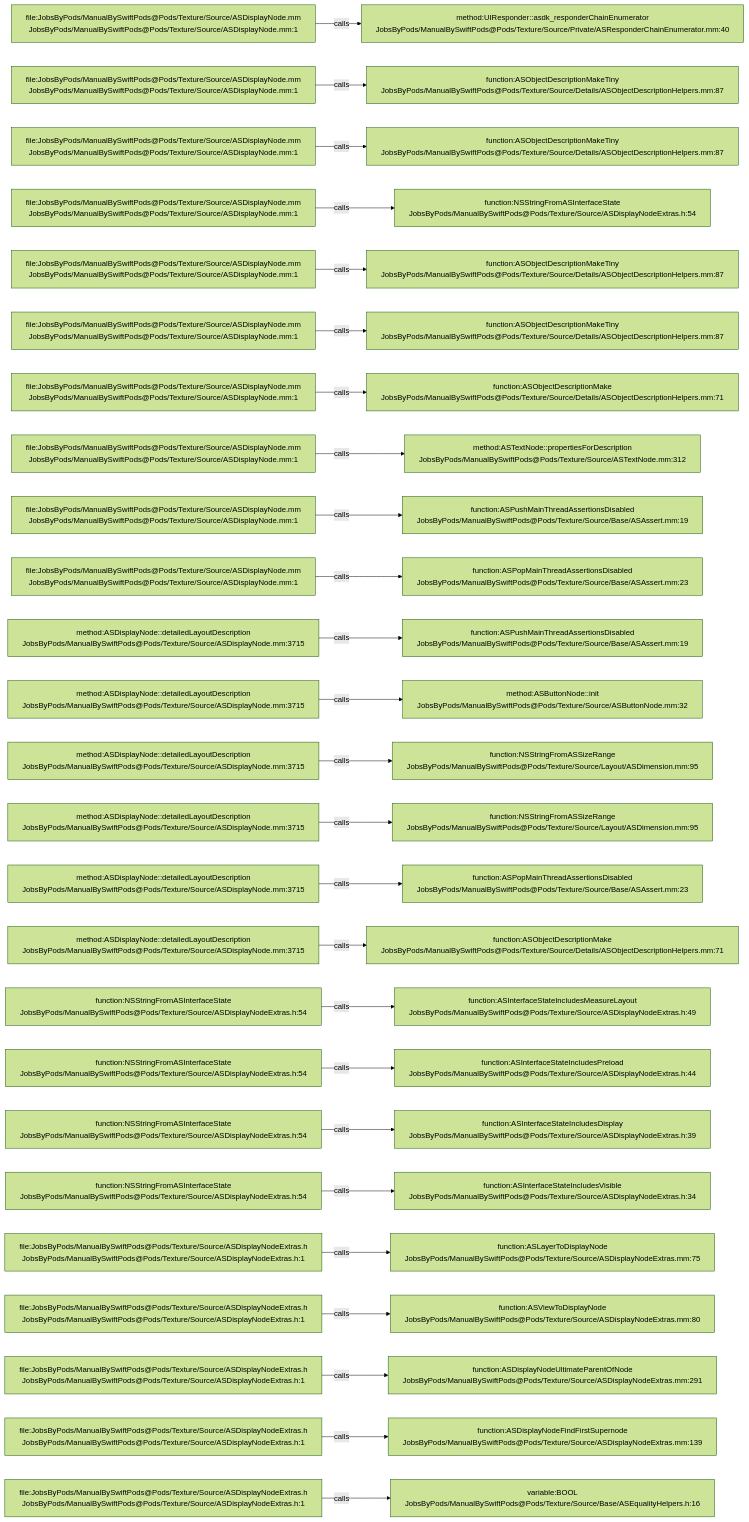
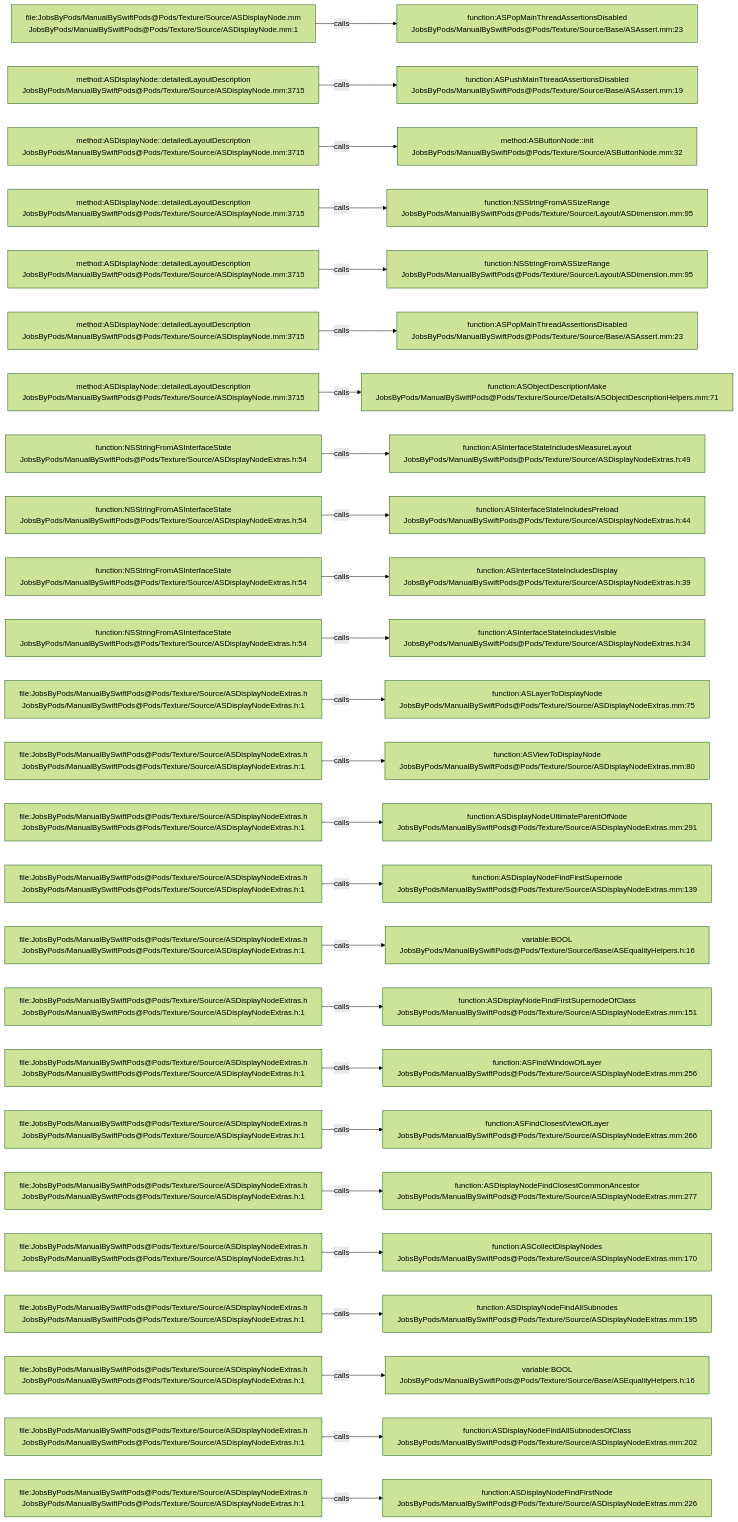
Before and after one commit to JobsKits/JobsSwiftBaseConfigDemo: the diagram in .codegraph/codegraph.md/graphs/calls-037.md, drawn with Mermaid (forest theme). The commit also changed 707 other files, not shown here.

````diff
--- a/.codegraph/codegraph.md/graphs/calls-037.md
+++ b/.codegraph/codegraph.md/graphs/calls-037.md
@@ -13,78 +13,78 @@
 ```mermaid
 flowchart LR
   S1["file:JobsByPods/ManualBySwiftPods@Pods/Texture/Source/ASDisplayNode.mm<br/>JobsByPods/ManualBySwiftPods@Pods/Texture/Source/ASDisplayNode.mm:1"]
-  T1["method:UIResponder::asdk_responderChainEnumerator<br/>JobsByPods/ManualBySwiftPods@Pods/Texture/Source/Private/ASResponderChainEnumerator.mm:40"]
+  T1["function:ASPopMainThreadAssertionsDisabled<br/>JobsByPods/ManualBySwiftPods@Pods/Texture/Source/Base/ASAssert.mm:23"]
   S1 -->|calls| T1
-  S2["file:JobsByPods/ManualBySwiftPods@Pods/Texture/Source/ASDisplayNode.mm<br/>JobsByPods/ManualBySwiftPods@Pods/Texture/Source/ASDisplayNode.mm:1"]
-  T2["function:ASObjectDescriptionMakeTiny<br/>JobsByPods/ManualBySwiftPods@Pods/Texture/Source/Details/ASObjectDescriptionHelpers.mm:87"]
+  S2["method:ASDisplayNode::detailedLayoutDescription<br/>JobsByPods/ManualBySwiftPods@Pods/Texture/Source/ASDisplayNode.mm:3715"]
+  T2["function:ASPushMainThreadAssertionsDisabled<br/>JobsByPods/ManualBySwiftPods@Pods/Texture/Source/Base/ASAssert.mm:19"]
   S2 -->|calls| T2
-  S3["file:JobsByPods/ManualBySwiftPods@Pods/Texture/Source/ASDisplayNode.mm<br/>JobsByPods/ManualBySwiftPods@Pods/Texture/Source/ASDisplayNode.mm:1"]
-  T3["function:ASObjectDescriptionMakeTiny<br/>JobsByPods/ManualBySwiftPods@Pods/Texture/Source/Details/ASObjectDescriptionHelpers.mm:87"]
+  S3["method:ASDisplayNode::detailedLayoutDescription<br/>JobsByPods/ManualBySwiftPods@Pods/Texture/Source/ASDisplayNode.mm:3715"]
+  T3["method:ASButtonNode::init<br/>JobsByPods/ManualBySwiftPods@Pods/Texture/Source/ASButtonNode.mm:32"]
   S3 -->|calls| T3
-  S4["file:JobsByPods/ManualBySwiftPods@Pods/Texture/Source/ASDisplayNode.mm<br/>JobsByPods/ManualBySwiftPods@Pods/Texture/Source/ASDisplayNode.mm:1"]
-  T4["function:NSStringFromASInterfaceState<br/>JobsByPods/ManualBySwiftPods@Pods/Texture/Source/ASDisplayNodeExtras.h:54"]
+  S4["method:ASDisplayNode::detailedLayoutDescription<br/>JobsByPods/ManualBySwiftPods@Pods/Texture/Source/ASDisplayNode.mm:3715"]
+  T4["function:NSStringFromASSizeRange<br/>JobsByPods/ManualBySwiftPods@Pods/Texture/Source/Layout/ASDimension.mm:95"]
   S4 -->|calls| T4
-  S5["file:JobsByPods/ManualBySwiftPods@Pods/Texture/Source/ASDisplayNode.mm<br/>JobsByPods/ManualBySwiftPods@Pods/Texture/Source/ASDisplayNode.mm:1"]
-  T5["function:ASObjectDescriptionMakeTiny<br/>JobsByPods/ManualBySwiftPods@Pods/Texture/Source/Details/ASObjectDescriptionHelpers.mm:87"]
+  S5["method:ASDisplayNode::detailedLayoutDescription<br/>JobsByPods/ManualBySwiftPods@Pods/Texture/Source/ASDisplayNode.mm:3715"]
+  T5["function:NSStringFromASSizeRange<br/>JobsByPods/ManualBySwiftPods@Pods/Texture/Source/Layout/ASDimension.mm:95"]
   S5 -->|calls| T5
-  S6["file:JobsByPods/ManualBySwiftPods@Pods/Texture/Source/ASDisplayNode.mm<br/>JobsByPods/ManualBySwiftPods@Pods/Texture/Source/ASDisplayNode.mm:1"]
-  T6["function:ASObjectDescriptionMakeTiny<br/>JobsByPods/ManualBySwiftPods@Pods/Texture/Source/Details/ASObjectDescriptionHelpers.mm:87"]
+  S6["method:ASDisplayNode::detailedLayoutDescription<br/>JobsByPods/ManualBySwiftPods@Pods/Texture/Source/ASDisplayNode.mm:3715"]
+  T6["function:ASPopMainThreadAssertionsDisabled<br/>JobsByPods/ManualBySwiftPods@Pods/Texture/Source/Base/ASAssert.mm:23"]
   S6 -->|calls| T6
-  S7["file:JobsByPods/ManualBySwiftPods@Pods/Texture/Source/ASDisplayNode.mm<br/>JobsByPods/ManualBySwiftPods@Pods/Texture/Source/ASDisplayNode.mm:1"]
+  S7["method:ASDisplayNode::detailedLayoutDescription<br/>JobsByPods/ManualBySwiftPods@Pods/Texture/Source/ASDisplayNode.mm:3715"]
   T7["function:ASObjectDescriptionMake<br/>JobsByPods/ManualBySwiftPods@Pods/Texture/Source/Details/ASObjectDescriptionHelpers.mm:71"]
   S7 -->|calls| T7
-  S8["file:JobsByPods/ManualBySwiftPods@Pods/Texture/Source/ASDisplayNode.mm<br/>JobsByPods/ManualBySwiftPods@Pods/Texture/Source/ASDisplayNode.mm:1"]
-  T8["method:ASTextNode::propertiesForDescription<br/>JobsByPods/ManualBySwiftPods@Pods/Texture/Source/ASTextNode.mm:312"]
+  S8["function:NSStringFromASInterfaceState<br/>JobsByPods/ManualBySwiftPods@Pods/Texture/Source/ASDisplayNodeExtras.h:54"]
+  T8["function:ASInterfaceStateIncludesMeasureLayout<br/>JobsByPods/ManualBySwiftPods@Pods/Texture/Source/ASDisplayNodeExtras.h:49"]
   S8 -->|calls| T8
-  S9["file:JobsByPods/ManualBySwiftPods@Pods/Texture/Source/ASDisplayNode.mm<br/>JobsByPods/ManualBySwiftPods@Pods/Texture/Source/ASDisplayNode.mm:1"]
-  T9["function:ASPushMainThreadAssertionsDisabled<br/>JobsByPods/ManualBySwiftPods@Pods/Texture/Source/Base/ASAssert.mm:19"]
+  S9["function:NSStringFromASInterfaceState<br/>JobsByPods/ManualBySwiftPods@Pods/Texture/Source/ASDisplayNodeExtras.h:54"]
+  T9["function:ASInterfaceStateIncludesPreload<br/>JobsByPods/ManualBySwiftPods@Pods/Texture/Source/ASDisplayNodeExtras.h:44"]
   S9 -->|calls| T9
-  S10["file:JobsByPods/ManualBySwiftPods@Pods/Texture/Source/ASDisplayNode.mm<br/>JobsByPods/ManualBySwiftPods@Pods/Texture/Source/ASDisplayNode.mm:1"]
-  T10["function:ASPopMainThreadAssertionsDisabled<br/>JobsByPods/ManualBySwiftPods@Pods/Texture/Source/Base/ASAssert.mm:23"]
+  S10["function:NSStringFromASInterfaceState<br/>JobsByPods/ManualBySwiftPods@Pods/Texture/Source/ASDisplayNodeExtras.h:54"]
+  T10["function:ASInterfaceStateIncludesDisplay<br/>JobsByPods/ManualBySwiftPods@Pods/Texture/Source/ASDisplayNodeExtras.h:39"]
   S10 -->|calls| T10
-  S11["method:ASDisplayNode::detailedLayoutDescription<br/>JobsByPods/ManualBySwiftPods@Pods/Texture/Source/ASDisplayNode.mm:3715"]
-  T11["function:ASPushMainThreadAssertionsDisabled<br/>JobsByPods/ManualBySwiftPods@Pods/Texture/Source/Base/ASAssert.mm:19"]
+  S11["function:NSStringFromASInterfaceState<br/>JobsByPods/ManualBySwiftPods@Pods/Texture/Source/ASDisplayNodeExtras.h:54"]
+  T11["function:ASInterfaceStateIncludesVisible<br/>JobsByPods/ManualBySwiftPods@Pods/Texture/Source/ASDisplayNodeExtras.h:34"]
   S11 -->|calls| T11
-  S12["method:ASDisplayNode::detailedLayoutDescription<br/>JobsByPods/ManualBySwiftPods@Pods/Texture/Source/ASDisplayNode.mm:3715"]
-  T12["method:ASButtonNode::init<br/>JobsByPods/ManualBySwiftPods@Pods/Texture/Source/ASButtonNode.mm:32"]
+  S12["file:JobsByPods/ManualBySwiftPods@Pods/Texture/Source/ASDisplayNodeExtras.h<br/>JobsByPods/ManualBySwiftPods@Pods/Texture/Source/ASDisplayNodeExtras.h:1"]
+  T12["function:ASLayerToDisplayNode<br/>JobsByPods/ManualBySwiftPods@Pods/Texture/Source/ASDisplayNodeExtras.mm:75"]
   S12 -->|calls| T12
-  S13["method:ASDisplayNode::detailedLayoutDescription<br/>JobsByPods/ManualBySwiftPods@Pods/Texture/Source/ASDisplayNode.mm:3715"]
-  T13["function:NSStringFromASSizeRange<br/>JobsByPods/ManualBySwiftPods@Pods/Texture/Source/Layout/ASDimension.mm:95"]
+  S13["file:JobsByPods/ManualBySwiftPods@Pods/Texture/Source/ASDisplayNodeExtras.h<br/>JobsByPods/ManualBySwiftPods@Pods/Texture/Source/ASDisplayNodeExtras.h:1"]
+  T13["function:ASViewToDisplayNode<br/>JobsByPods/ManualBySwiftPods@Pods/Texture/Source/ASDisplayNodeExtras.mm:80"]
   S13 -->|calls| T13
-  S14["method:ASDisplayNode::detailedLayoutDescription<br/>JobsByPods/ManualBySwiftPods@Pods/Texture/Source/ASDisplayNode.mm:3715"]
-  T14["function:NSStringFromASSizeRange<br/>JobsByPods/ManualBySwiftPods@Pods/Texture/Source/Layout/ASDimension.mm:95"]
+  S14["file:JobsByPods/ManualBySwiftPods@Pods/Texture/Source/ASDisplayNodeExtras.h<br/>JobsByPods/ManualBySwiftPods@Pods/Texture/Source/ASDisplayNodeExtras.h:1"]
+  T14["function:ASDisplayNodeUltimateParentOfNode<br/>JobsByPods/ManualBySwiftPods@Pods/Texture/Source/ASDisplayNodeExtras.mm:291"]
   S14 -->|calls| T14
-  S15["method:ASDisplayNode::detailedLayoutDescription<br/>JobsByPods/ManualBySwiftPods@Pods/Texture/Source/ASDisplayNode.mm:3715"]
-  T15["function:ASPopMainThreadAssertionsDisabled<br/>JobsByPods/ManualBySwiftPods@Pods/Texture/Source/Base/ASAssert.mm:23"]
+  S15["file:JobsByPods/ManualBySwiftPods@Pods/Texture/Source/ASDisplayNodeExtras.h<br/>JobsByPods/ManualBySwiftPods@Pods/Texture/Source/ASDisplayNodeExtras.h:1"]
+  T15["function:ASDisplayNodeFindFirstSupernode<br/>JobsByPods/ManualBySwiftPods@Pods/Texture/Source/ASDisplayNodeExtras.mm:139"]
   S15 -->|calls| T15
-  S16["method:ASDisplayNode::detailedLayoutDescription<br/>JobsByPods/ManualBySwiftPods@Pods/Texture/Source/ASDisplayNode.mm:3715"]
-  T16["function:ASObjectDescriptionMake<br/>JobsByPods/ManualBySwiftPods@Pods/Texture/Source/Details/ASObjectDescriptionHelpers.mm:71"]
+  S16["file:JobsByPods/ManualBySwiftPods@Pods/Texture/Source/ASDisplayNodeExtras.h<br/>JobsByPods/ManualBySwiftPods@Pods/Texture/Source/ASDisplayNodeExtras.h:1"]
+  T16["variable:BOOL<br/>JobsByPods/ManualBySwiftPods@Pods/Texture/Source/Base/ASEqualityHelpers.h:16"]
   S16 -->|calls| T16
-  S17["function:NSStringFromASInterfaceState<br/>JobsByPods/ManualBySwiftPods@Pods/Texture/Source/ASDisplayNodeExtras.h:54"]
-  T17["function:ASInterfaceStateIncludesMeasureLayout<br/>JobsByPods/ManualBySwiftPods@Pods/Texture/Source/ASDisplayNodeExtras.h:49"]
+  S17["file:JobsByPods/ManualBySwiftPods@Pods/Texture/Source/ASDisplayNodeExtras.h<br/>JobsByPods/ManualBySwiftPods@Pods/Texture/Source/ASDisplayNodeExtras.h:1"]
+  T17["function:ASDisplayNodeFindFirstSupernodeOfClass<br/>JobsByPods/ManualBySwiftPods@Pods/Texture/Source/ASDisplayNodeExtras.mm:151"]
   S17 -->|calls| T17
-  S18["function:NSStringFromASInterfaceState<br/>JobsByPods/ManualBySwiftPods@Pods/Texture/Source/ASDisplayNodeExtras.h:54"]
-  T18["function:ASInterfaceStateIncludesPreload<br/>JobsByPods/ManualBySwiftPods@Pods/Texture/Source/ASDisplayNodeExtras.h:44"]
+  S18["file:JobsByPods/ManualBySwiftPods@Pods/Texture/Source/ASDisplayNodeExtras.h<br/>JobsByPods/ManualBySwiftPods@Pods/Texture/Source/ASDisplayNodeExtras.h:1"]
+  T18["function:ASFindWindowOfLayer<br/>JobsByPods/ManualBySwiftPods@Pods/Texture/Source/ASDisplayNodeExtras.mm:256"]
   S18 -->|calls| T18
-  S19["function:NSStringFromASInterfaceState<br/>JobsByPods/ManualBySwiftPods@Pods/Texture/Source/ASDisplayNodeExtras.h:54"]
-  T19["function:ASInterfaceStateIncludesDisplay<br/>JobsByPods/ManualBySwiftPods@Pods/Texture/Source/ASDisplayNodeExtras.h:39"]
+  S19["file:JobsByPods/ManualBySwiftPods@Pods/Texture/Source/ASDisplayNodeExtras.h<br/>JobsByPods/ManualBySwiftPods@Pods/Texture/Source/ASDisplayNodeExtras.h:1"]
+  T19["function:ASFindClosestViewOfLayer<br/>JobsByPods/ManualBySwiftPods@Pods/Texture/Source/ASDisplayNodeExtras.mm:266"]
   S19 -->|calls| T19
-  S20["function:NSStringFromASInterfaceState<br/>JobsByPods/ManualBySwiftPods@Pods/Texture/Source/ASDisplayNodeExtras.h:54"]
-  T20["function:ASInterfaceStateIncludesVisible<br/>JobsByPods/ManualBySwiftPods@Pods/Texture/Source/ASDisplayNodeExtras.h:34"]
+  S20["file:JobsByPods/ManualBySwiftPods@Pods/Texture/Source/ASDisplayNodeExtras.h<br/>JobsByPods/ManualBySwiftPods@Pods/Texture/Source/ASDisplayNodeExtras.h:1"]
+  T20["function:ASDisplayNodeFindClosestCommonAncestor<br/>JobsByPods/ManualBySwiftPods@Pods/Texture/Source/ASDisplayNodeExtras.mm:277"]
   S20 -->|calls| T20
   S21["file:JobsByPods/ManualBySwiftPods@Pods/Texture/Source/ASDisplayNodeExtras.h<br/>JobsByPods/ManualBySwiftPods@Pods/Texture/Source/ASDisplayNodeExtras.h:1"]
-  T21["function:ASLayerToDisplayNode<br/>JobsByPods/ManualBySwiftPods@Pods/Texture/Source/ASDisplayNodeExtras.mm:75"]
+  T21["function:ASCollectDisplayNodes<br/>JobsByPods/ManualBySwiftPods@Pods/Texture/Source/ASDisplayNodeExtras.mm:170"]
   S21 -->|calls| T21
   S22["file:JobsByPods/ManualBySwiftPods@Pods/Texture/Source/ASDisplayNodeExtras.h<br/>JobsByPods/ManualBySwiftPods@Pods/Texture/Source/ASDisplayNodeExtras.h:1"]
-  T22["function:ASViewToDisplayNode<br/>JobsByPods/ManualBySwiftPods@Pods/Texture/Source/ASDisplayNodeExtras.mm:80"]
+  T22["function:ASDisplayNodeFindAllSubnodes<br/>JobsByPods/ManualBySwiftPods@Pods/Texture/Source/ASDisplayNodeExtras.mm:195"]
   S22 -->|calls| T22
   S23["file:JobsByPods/ManualBySwiftPods@Pods/Texture/Source/ASDisplayNodeExtras.h<br/>JobsByPods/ManualBySwiftPods@Pods/Texture/Source/ASDisplayNodeExtras.h:1"]
-  T23["function:ASDisplayNodeUltimateParentOfNode<br/>JobsByPods/ManualBySwiftPods@Pods/Texture/Source/ASDisplayNodeExtras.mm:291"]
+  T23["variable:BOOL<br/>JobsByPods/ManualBySwiftPods@Pods/Texture/Source/Base/ASEqualityHelpers.h:16"]
   S23 -->|calls| T23
   S24["file:JobsByPods/ManualBySwiftPods@Pods/Texture/Source/ASDisplayNodeExtras.h<br/>JobsByPods/ManualBySwiftPods@Pods/Texture/Source/ASDisplayNodeExtras.h:1"]
-  T24["function:ASDisplayNodeFindFirstSupernode<br/>JobsByPods/ManualBySwiftPods@Pods/Texture/Source/ASDisplayNodeExtras.mm:139"]
+  T24["function:ASDisplayNodeFindAllSubnodesOfClass<br/>JobsByPods/ManualBySwiftPods@Pods/Texture/Source/ASDisplayNodeExtras.mm:202"]
   S24 -->|calls| T24
   S25["file:JobsByPods/ManualBySwiftPods@Pods/Texture/Source/ASDisplayNodeExtras.h<br/>JobsByPods/ManualBySwiftPods@Pods/Texture/Source/ASDisplayNodeExtras.h:1"]
-  T25["variable:BOOL<br/>JobsByPods/ManualBySwiftPods@Pods/Texture/Source/Base/ASEqualityHelpers.h:16"]
+  T25["function:ASDisplayNodeFindFirstNode<br/>JobsByPods/ManualBySwiftPods@Pods/Texture/Source/ASDisplayNodeExtras.mm:226"]
   S25 -->|calls| T25
 ```
````
